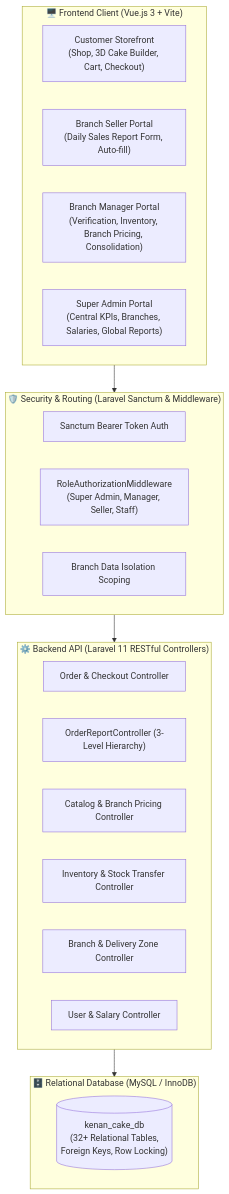
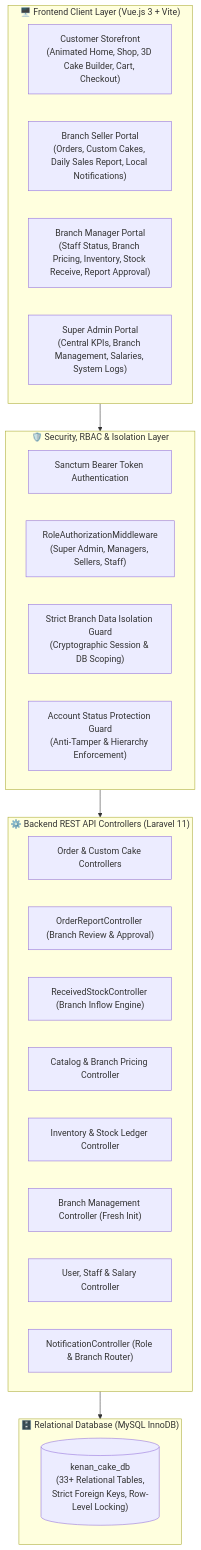
One commit to niga-star/Kenean-Cake-and-bread- changed the first of 8 diagrams in SYSTEM_DOCUMENTATION.md. Above: the diagram before and after it, drawn with Mermaid. The commit also changed other lines of this file and 3 other files, not shown here.

Commit message:
Update system documentation to Version 4.0 Enterprise with Stock Receive, RBAC isolation, account status governance, and notification routing

````diff
--- a/SYSTEM_DOCUMENTATION.md
+++ b/SYSTEM_DOCUMENTATION.md
@@ -24,32 +26,35 @@
 ```mermaid
 flowchart TD
-    subgraph ClientLayer["🖥️ Frontend Client (Vue.js 3 + Vite)"]
-        CustomerUI["Customer Storefront\n(Shop, 3D Cake Builder, Cart, Checkout)"]
-        SellerUI["Branch Seller Portal\n(Daily Sales Report Form, Auto-fill)"]
-        ManagerUI["Branch Manager Portal\n(Verification, Inventory, Branch Pricing, Consolidation)"]
-        AdminUI["Super Admin Portal\n(Central KPIs, Branches, Salaries, Global Reports)"]
+    subgraph ClientLayer["🖥️ Frontend Client Layer (Vue.js 3 + Vite)"]
+        CustomerUI["Customer Storefront\n(Animated Home, Shop, 3D Cake Builder, Cart, Checkout)"]
+        SellerUI["Branch Seller Portal\n(Orders, Custom Cakes, Daily Sales Report, Local Notifications)"]
+        ManagerUI["Branch Manager Portal\n(Staff Status, Branch Pricing, Inventory, Stock Receive, Report Approval)"]
+        AdminUI["Super Admin Portal\n(Central KPIs, Branch Management, Salaries, System Logs)"]
     end
 
-    subgraph MiddlewareLayer["🛡️ Security & Routing (Laravel Sanctum & Middleware)"]
-        AuthMiddleware["Sanctum Bearer Token Auth"]
-        RoleMiddleware["RoleAuthorizationMiddleware\n(Super Admin, Manager, Seller, Staff)"]
-        BranchScoping["Branch Data Isolation Scoping"]
+    subgraph SecurityLayer["🛡️ Security, RBAC & Isolation Layer"]
+        SanctumAuth["Sanctum Bearer Token Authentication"]
+        RBACMiddleware["RoleAuthorizationMiddleware\n(Super Admin, Managers, Sellers, Staff)"]
+        BranchIsolation["Strict Branch Data Isolation Guard\n(Cryptographic Session & DB Scoping)"]
+        StatusGuard["Account Status Protection Guard\n(Anti-Tamper & Hierarchy Enforcement)"]
     end
 
-    subgraph BackendLayer["⚙️ Backend API (Laravel 11 RESTful Controllers)"]
-        OrderCtrl["Order & Checkout Controller"]
-        ReportCtrl["OrderReportController (3-Level Hierarchy)"]
+    subgraph BackendLayer["⚙️ Backend REST API Controllers (Laravel 11)"]
+        OrderCtrl["Order & Custom Cake Controllers"]
+        ReportCtrl["OrderReportController (Branch Review & Approval)"]
+        StockRcvCtrl["ReceivedStockController (Branch Inflow Engine)"]
         CatalogCtrl["Catalog & Branch Pricing Controller"]
-        InventoryCtrl["Inventory & Stock Transfer Controller"]
-        BranchCtrl["Branch & Delivery Zone Controller"]
-        UserCtrl["User & Salary Controller"]
+        InventoryCtrl["Inventory & Stock Ledger Controller"]
+        BranchCtrl["Branch Management Controller (Fresh Init)"]
+        UserCtrl["User, Staff & Salary Controller"]
+        NotifyCtrl["NotificationController (Role & Branch Router)"]
     end
 
-    subgraph DatabaseLayer["🗄️ Relational Database (MySQL / InnoDB)"]
-        CoreDB[("kenan_cake_db\n(32+ Relational Tables,\nForeign Keys, Row Locking)")]
+    subgraph DatabaseLayer["🗄️ Relational Database (MySQL InnoDB)"]
+        CoreDB[("kenan_cake_db\n(33+ Relational Tables,\nStrict Foreign Keys, Row-Level Locking)")]
     end
 
-    ClientLayer --> MiddlewareLayer
-    MiddlewareLayer --> BackendLayer
+    ClientLayer --> SecurityLayer
+    SecurityLayer --> BackendLayer
     BackendLayer --> DatabaseLayer
 ```
````
